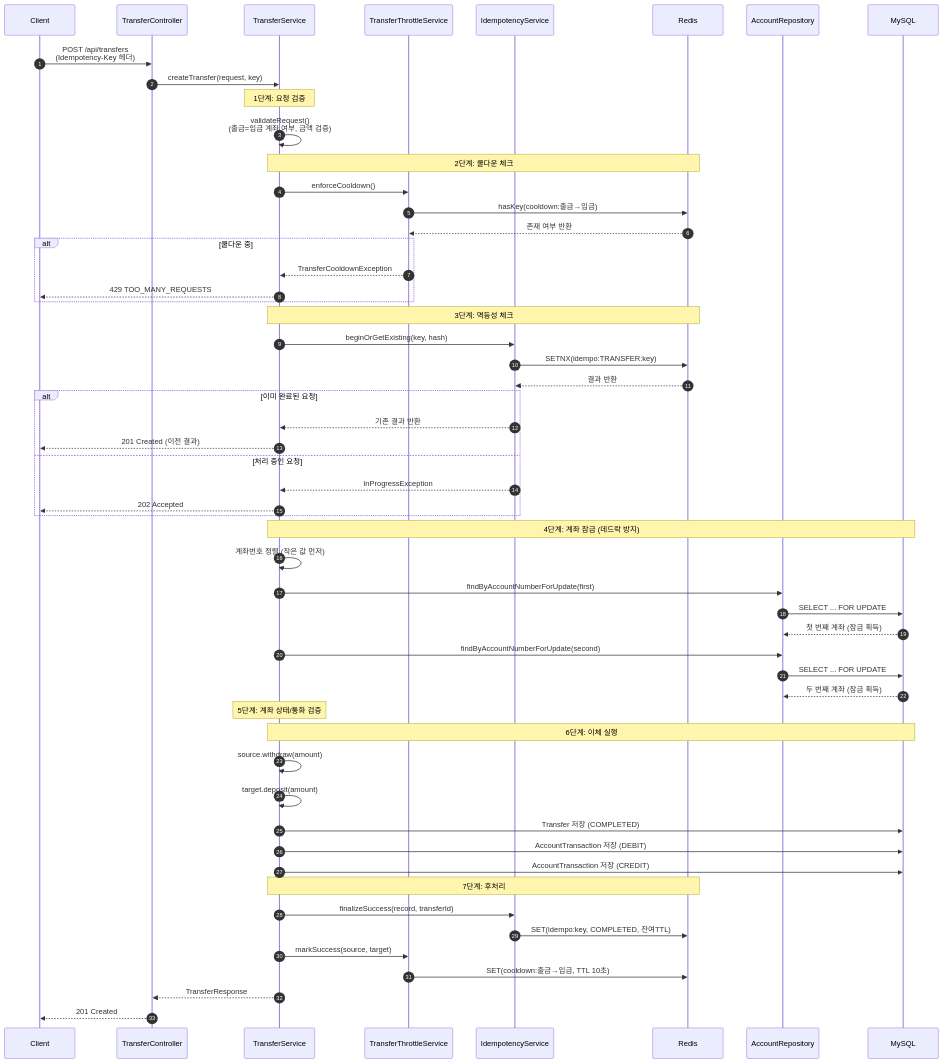
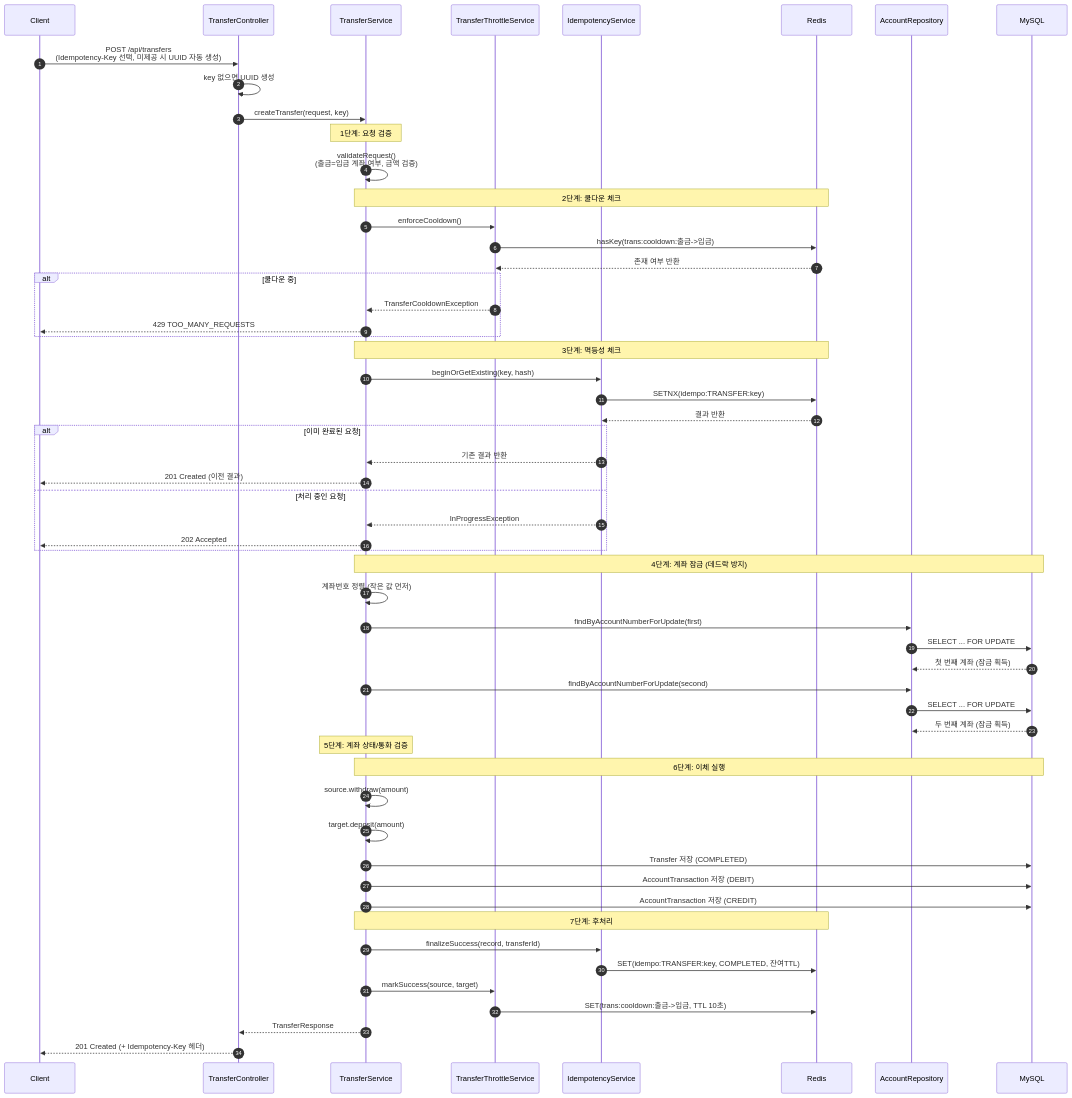
One commit to Pray-T/BankTransferSys_Backend_Restful changed the second of 3 diagrams in README.md. Above: the diagram before and after it, drawn with Mermaid. The commit also changed other lines of this file, not shown here.

````diff
--- a/README.md
+++ b/README.md
@@ -50,57 +138,58 @@
 ```mermaid
 sequenceDiagram
     autonumber
     participant C as Client
     participant TC as TransferController
     participant TS as TransferService
     participant TTS as TransferThrottleService
     participant IS as IdempotencyService
     participant Redis as Redis
     participant AR as AccountRepository
     participant MySQL as MySQL
-    C->>TC: POST /api/transfers<br/>(Idempotency-Key 헤더)
+    C->>TC: POST /api/transfers<br/>(Idempotency-Key 선택, 미제공 시 UUID 자동 생성)
+    TC->>TC: key 없으면 UUID 생성
     TC->>TS: createTransfer(request, key)
     Note over TS: 1단계: 요청 검증
     TS->>TS: validateRequest()<br/>(출금=입금 계좌 여부, 금액 검증)
     Note over TS,Redis: 2단계: 쿨다운 체크
     TS->>TTS: enforceCooldown()
-    TTS->>Redis: hasKey(cooldown:출금→입금)
+    TTS->>Redis: hasKey(trans:cooldown:출금->입금)
     Redis-->>TTS: 존재 여부 반환
     alt 쿨다운 중
         TTS-->>TS: TransferCooldownException
         TS-->>C: 429 TOO_MANY_REQUESTS
     end
     Note over TS,Redis: 3단계: 멱등성 체크
     TS->>IS: beginOrGetExisting(key, hash)
     IS->>Redis: SETNX(idempo:TRANSFER:key)
     Redis-->>IS: 결과 반환
     alt 이미 완료된 요청
         IS-->>TS: 기존 결과 반환
         TS-->>C: 201 Created (이전 결과)
     else 처리 중인 요청
         IS-->>TS: InProgressException
         TS-->>C: 202 Accepted
     end
     Note over TS,MySQL: 4단계: 계좌 잠금 (데드락 방지)
     TS->>TS: 계좌번호 정렬 (작은 값 먼저)
     TS->>AR: findByAccountNumberForUpdate(first)
     AR->>MySQL: SELECT ... FOR UPDATE
     MySQL-->>AR: 첫 번째 계좌 (잠금 획득)
     TS->>AR: findByAccountNumberForUpdate(second)
     AR->>MySQL: SELECT ... FOR UPDATE
     MySQL-->>AR: 두 번째 계좌 (잠금 획득)
     Note over TS: 5단계: 계좌 상태/통화 검증
     Note over TS,MySQL: 6단계: 이체 실행
     TS->>TS: source.withdraw(amount)
     TS->>TS: target.deposit(amount)
     TS->>MySQL: Transfer 저장 (COMPLETED)
     TS->>MySQL: AccountTransaction 저장 (DEBIT)
     TS->>MySQL: AccountTransaction 저장 (CREDIT)
     Note over TS,Redis: 7단계: 후처리
     TS->>IS: finalizeSuccess(record, transferId)
-    IS->>Redis: SET(idempo:key, COMPLETED, 잔여TTL)
+    IS->>Redis: SET(idempo:TRANSFER:key, COMPLETED, 잔여TTL)
     TS->>TTS: markSuccess(source, target)
-    TTS->>Redis: SET(cooldown:출금→입금, TTL 10초)
+    TTS->>Redis: SET(trans:cooldown:출금->입금, TTL 10초)
     TS-->>TC: TransferResponse
-    TC-->>C: 201 Created
+    TC-->>C: 201 Created (+ Idempotency-Key 헤더)
 ```
````
